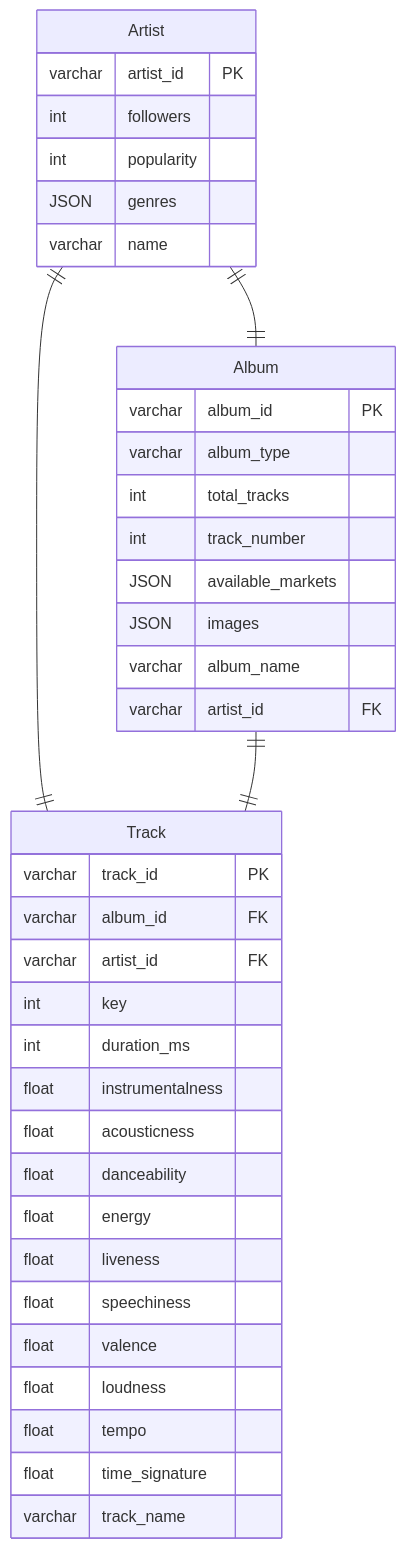
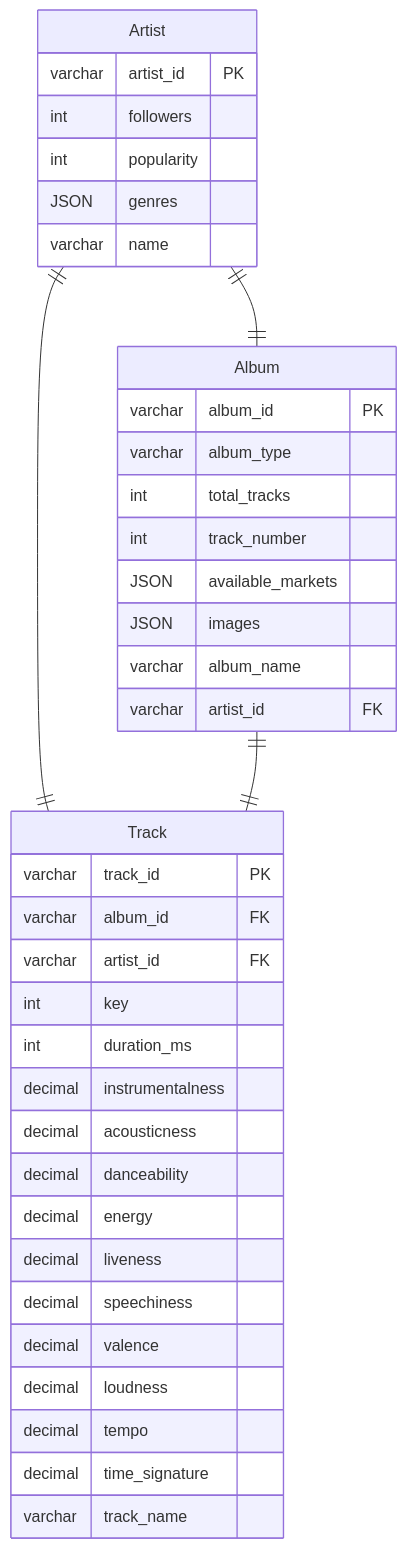
The second of 4 diagrams in flowchart.md (michaelareyes/608-spotify-app), drawn with Mermaid before and after one commit.

Commit message:
Update ERD

````diff
--- a/flowchart.md
+++ b/flowchart.md
@@ -12,54 +12,54 @@
 ```mermaid
 
 %%{init: {
   "theme": "default",
   "themeCSS": [
     ".er.relationshipLabel { fill: black; }", 
     ".er.relationshipLabelBox { fill: white; }", 
     ".er.entityBox { fill: pink; }",
     "[id^=entity-Album] .er.entityBox { fill: lightgreen;} ",
     "[id^=entity-Track] .er.entityBox { fill: powderblue;} "
     ]
 }}%%
 erDiagram
     Artist ||--|| Album:""
     Artist ||--|| Track: ""
     Album ||--|| Track: ""
     Artist {
         varchar artist_id "PK"
         int followers ""
         int popularity ""
         JSON genres ""
         varchar name ""
     }
     Album {
         varchar album_id "PK"
         varchar album_type ""
         int total_tracks ""
         int track_number ""
         JSON available_markets ""
         JSON images ""
         varchar album_name ""
         varchar artist_id "FK"
     }
     Track {
         varchar track_id "PK"
         varchar album_id "FK"
         varchar artist_id "FK"
         int key ""
         int duration_ms ""
-        float instrumentalness ""
-        float acousticness ""
-        float danceability ""
-        float energy ""
-        float liveness ""
-        float speechiness ""
-        float valence ""
-        float loudness ""
-        float tempo ""
-        float time_signature ""
+        decimal instrumentalness ""
+        decimal acousticness ""
+        decimal danceability ""
+        decimal energy ""
+        decimal liveness ""
+        decimal speechiness ""
+        decimal valence ""
+        decimal loudness ""
+        decimal tempo ""
+        decimal time_signature ""
         varchar track_name ""
     }
 
     
 ```
````
